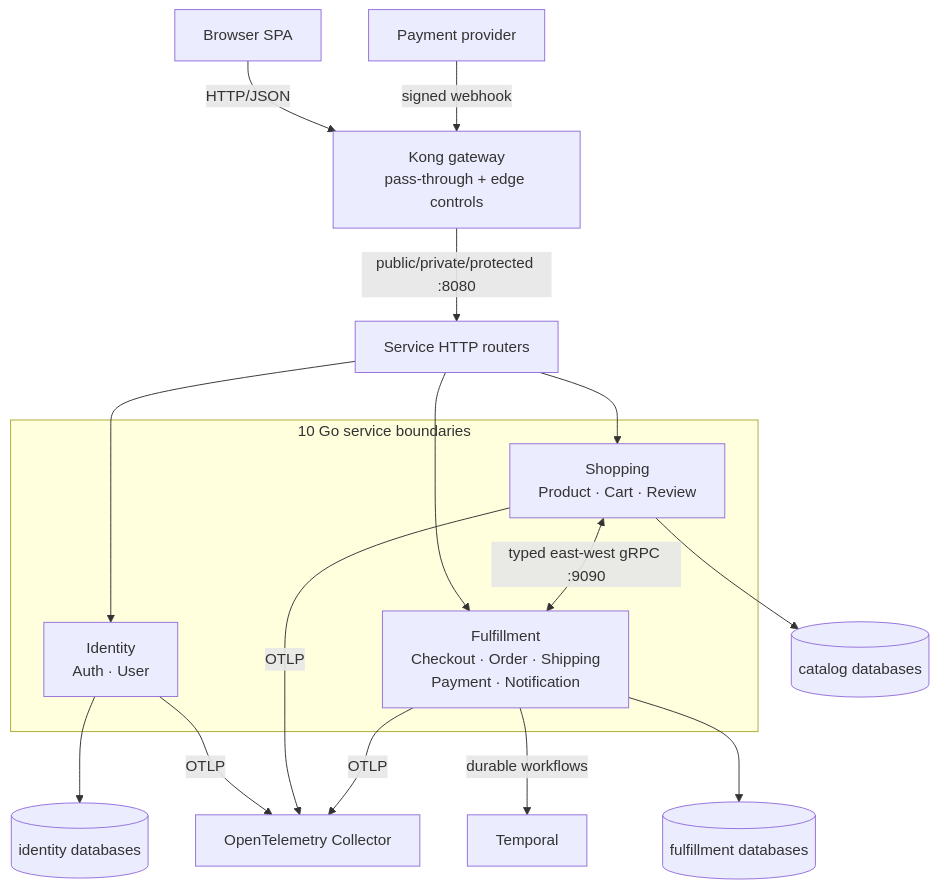
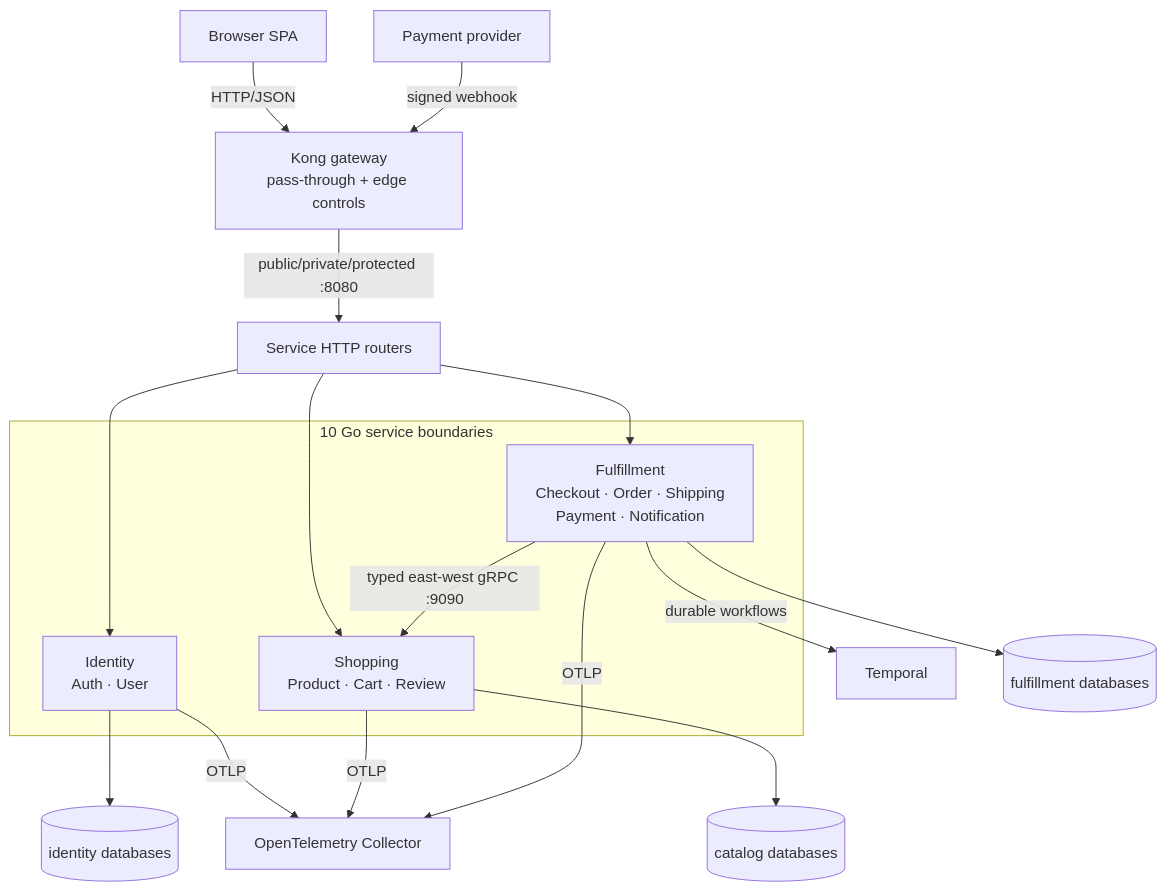
Before and after one commit to duynhlab/homelab: the first of 5 diagrams in docs/api/api.md, drawn with Mermaid. The commit also changed other lines of this file and 7 other files, not shown here.

````diff
--- a/docs/api/api.md
+++ b/docs/api/api.md
@@ -32,24 +32,24 @@
 ```mermaid
 flowchart TB
     Browser["Browser SPA"] -->|"HTTP/JSON"| Kong["Kong gateway<br/>pass-through + edge controls"]
     Provider["Payment provider"] -->|"signed webhook"| Kong
     Kong -->|"public/private/protected :8080"| HTTP["Service HTTP routers"]
 
     subgraph Platform["10 Go service boundaries"]
         Identity["Identity<br/>Auth · User"]
         Shopping["Shopping<br/>Product · Cart · Review"]
         Fulfillment["Fulfillment<br/>Checkout · Order · Shipping<br/>Payment · Notification"]
     end
 
     HTTP --> Identity
     HTTP --> Shopping
     HTTP --> Fulfillment
-    Shopping <-->|"typed east-west gRPC :9090"| Fulfillment
+    Fulfillment -->|"typed east-west gRPC :9090"| Shopping
     Fulfillment -->|"durable workflows"| Temporal["Temporal"]
     Identity --> IDDB[("identity databases")]
     Shopping --> ShopDB[("catalog databases")]
     Fulfillment --> FulfillDB[("fulfillment databases")]
     Identity -->|"OTLP"| Collector["OpenTelemetry Collector"]
     Shopping -->|"OTLP"| Collector
     Fulfillment -->|"OTLP"| Collector
 ```
````
